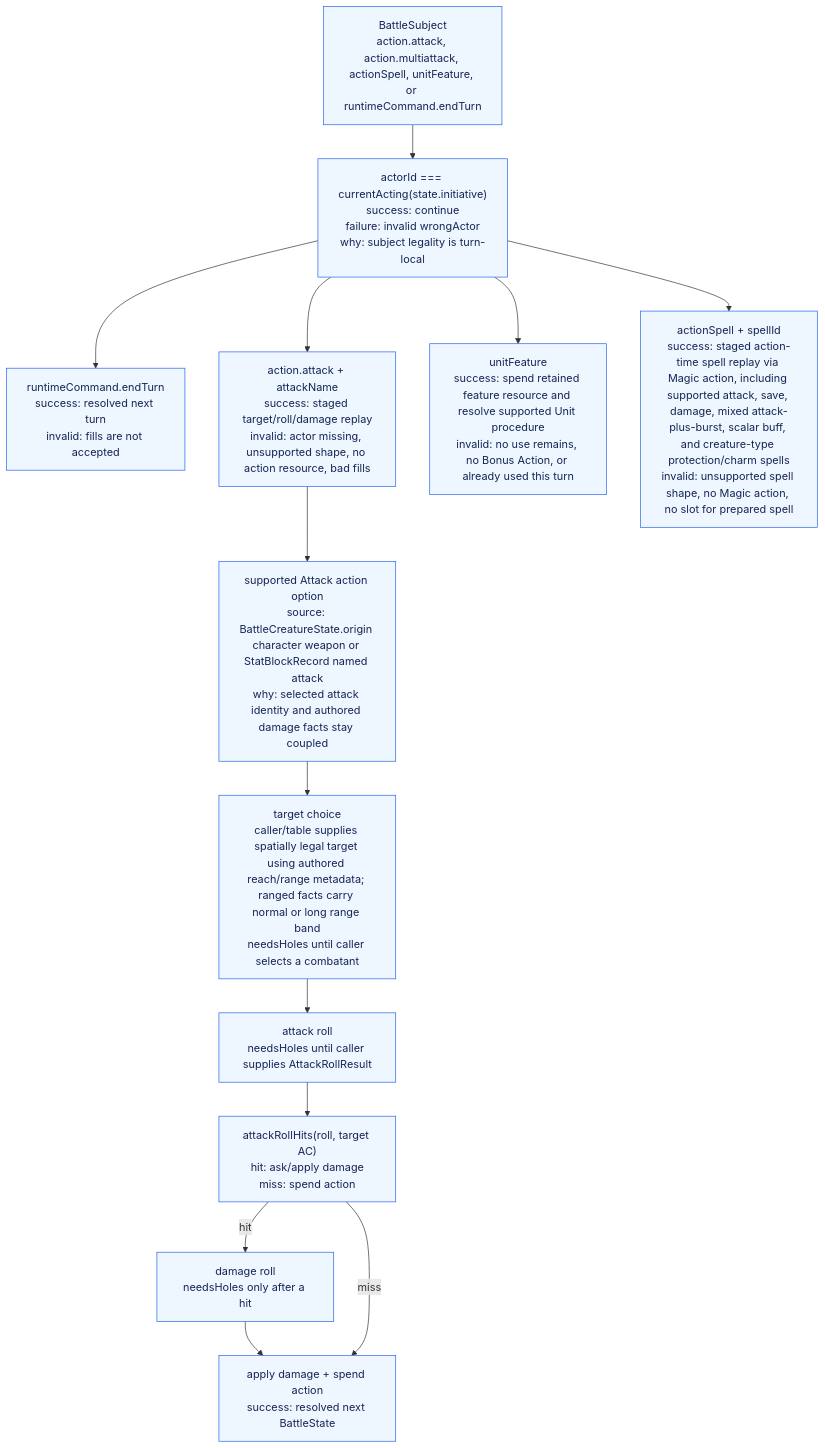
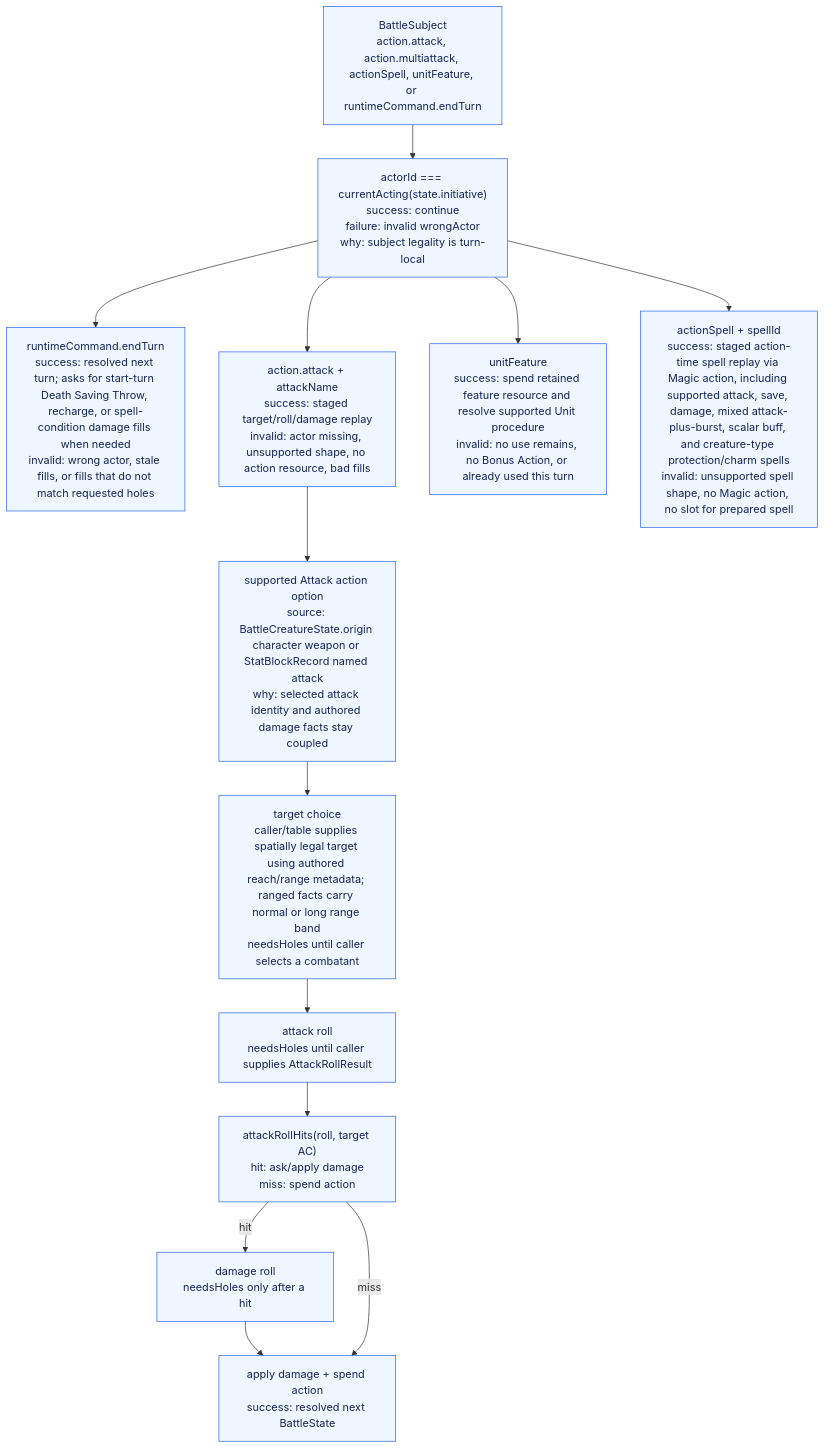
The second of 2 diagrams in packages/battle-runtime/ARCHITECTURE_GRAPH.md (dearlordylord/5e-quint), drawn with Mermaid before and after one commit. The commit also changed other lines of this file and 29 other files, not shown here.

````diff
--- a/packages/battle-runtime/ARCHITECTURE_GRAPH.md
+++ b/packages/battle-runtime/ARCHITECTURE_GRAPH.md
@@ -93,26 +93,26 @@
 ```mermaid
 flowchart TD
   Subject["BattleSubject<br/>action.attack, action.multiattack, actionSpell, unitFeature, or runtimeCommand.endTurn"]
   CurrentActor["actorId === currentActing(state.initiative)<br/>success: continue<br/>failure: invalid wrongActor<br/>why: subject legality is turn-local"]
-  EndTurn["runtimeCommand.endTurn<br/>success: resolved next turn<br/>invalid: fills are not accepted"]
+  EndTurn["runtimeCommand.endTurn<br/>success: resolved next turn; asks for start-turn Death Saving Throw, recharge, or spell-condition damage fills when needed<br/>invalid: wrong actor, stale fills, or fills that do not match requested holes"]
   Attack["action.attack + attackName<br/>success: staged target/roll/damage replay<br/>invalid: actor missing, unsupported shape, no action resource, bad fills"]
   UnitFeature["unitFeature<br/>success: spend retained feature resource and resolve supported Unit procedure<br/>invalid: no use remains, no Bonus Action, or already used this turn"]
   Magic["actionSpell + spellId<br/>success: staged action-time spell replay via Magic action, including supported attack, save, damage, mixed attack-plus-burst, scalar buff, and creature-type protection/charm spells<br/>invalid: unsupported spell shape, no Magic action, no slot for prepared spell"]
   AttackOption["supported Attack action option<br/>source: BattleCreatureState.origin character weapon or StatBlockRecord named attack<br/>why: selected attack identity and authored damage facts stay coupled"]
   Target["target choice<br/>caller/table supplies spatially legal target using authored reach/range metadata; ranged facts carry normal or long range band<br/>needsHoles until caller selects a combatant"]
   Roll["attack roll<br/>needsHoles until caller supplies AttackRollResult"]
   HitCheck["attackRollHits(roll, target AC)<br/>hit: ask/apply damage<br/>miss: spend action"]
   DamageHole["damage roll<br/>needsHoles only after a hit"]
   Apply["apply damage + spend action<br/>success: resolved next BattleState"]
 
   Subject --> CurrentActor
   CurrentActor --> EndTurn
   CurrentActor --> Attack --> AttackOption --> Target --> Roll --> HitCheck
   CurrentActor --> UnitFeature
   CurrentActor --> Magic
   HitCheck -->|hit| DamageHole --> Apply
   HitCheck -->|miss| Apply
 
   classDef implemented fill:#eef6ff,stroke:#2563eb,color:#172554;
   class Subject,CurrentActor,EndTurn,Attack,UnitFeature,Magic,AttackOption,Target,Roll,HitCheck,DamageHole,Apply implemented;
 ```
````
